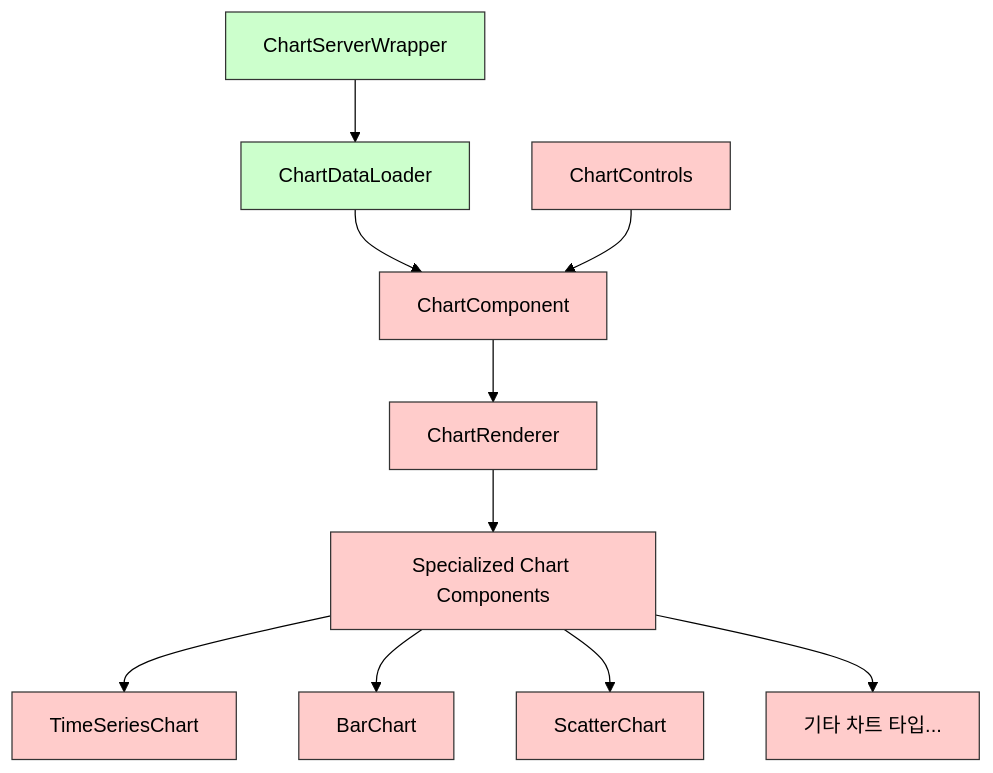
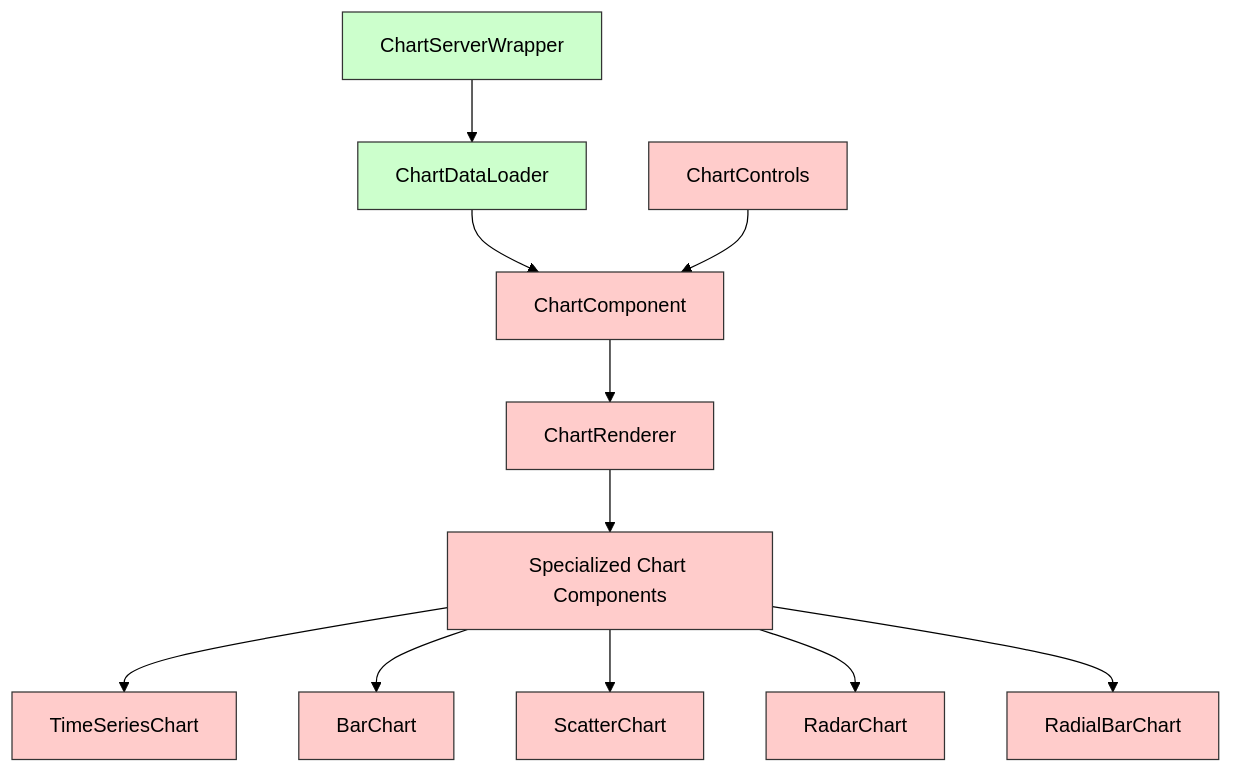
One commit to Seungwoo321/etorch-docs changed the third of 8 diagrams in frontend/components/core-components.md. Above: the diagram before and after it, drawn with Mermaid (forest theme). The commit also changed other lines of this file, not shown here.

````diff
--- a/frontend/components/core-components.md
+++ b/frontend/components/core-components.md
@@ -198,19 +198,20 @@
 ```mermaid
 flowchart TD
     SSR[ChartServerWrapper] --> DataLoader[ChartDataLoader]
     DataLoader --> ClientChart[ChartComponent]
     ClientChart --> Renderer[ChartRenderer]
     Renderer --> SpecializedCharts[Specialized Chart Components]
     SpecializedCharts --> TimeSeries[TimeSeriesChart]
     SpecializedCharts --> Bar[BarChart]
     SpecializedCharts --> Scatter[ScatterChart]
-    SpecializedCharts --> Other[기타 차트 타입...]
+    SpecializedCharts --> Radar[RadarChart]
+    SpecializedCharts --> RadialBar[RadialBarChart]
     
     Controls[ChartControls] --> ClientChart
     
     classDef server fill:#ccffcc,stroke:#333,stroke-width:1px,color:#000;
     classDef client fill:#ffcccb,stroke:#333,stroke-width:1px,color:#000;
     
     class SSR,DataLoader server;
-    class ClientChart,Renderer,SpecializedCharts,TimeSeries,Bar,Scatter,Other,Controls client;
+    class ClientChart,Renderer,SpecializedCharts,TimeSeries,Bar,Scatter,Radar,RadialBar,Controls client;
 ```
````
